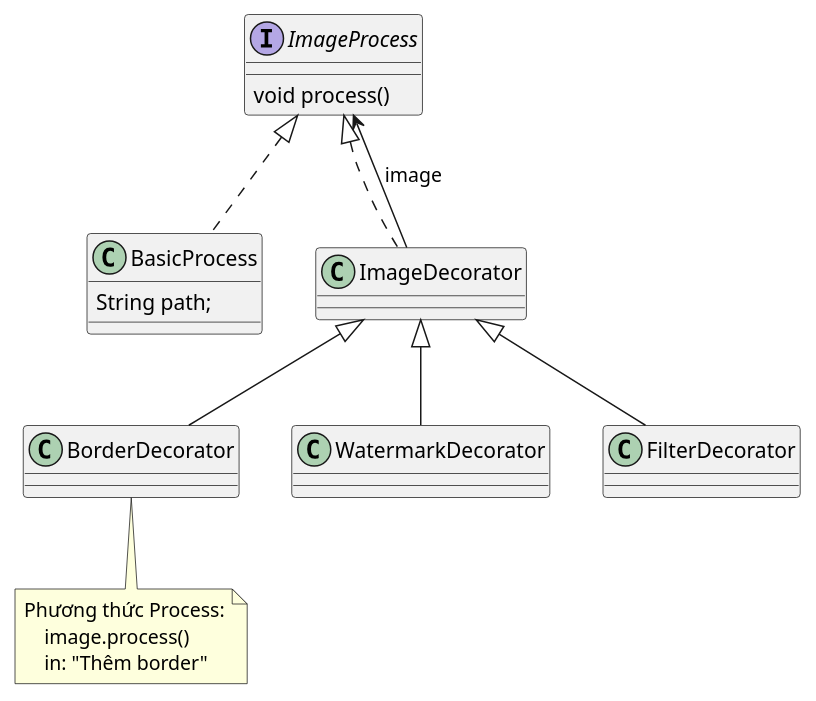
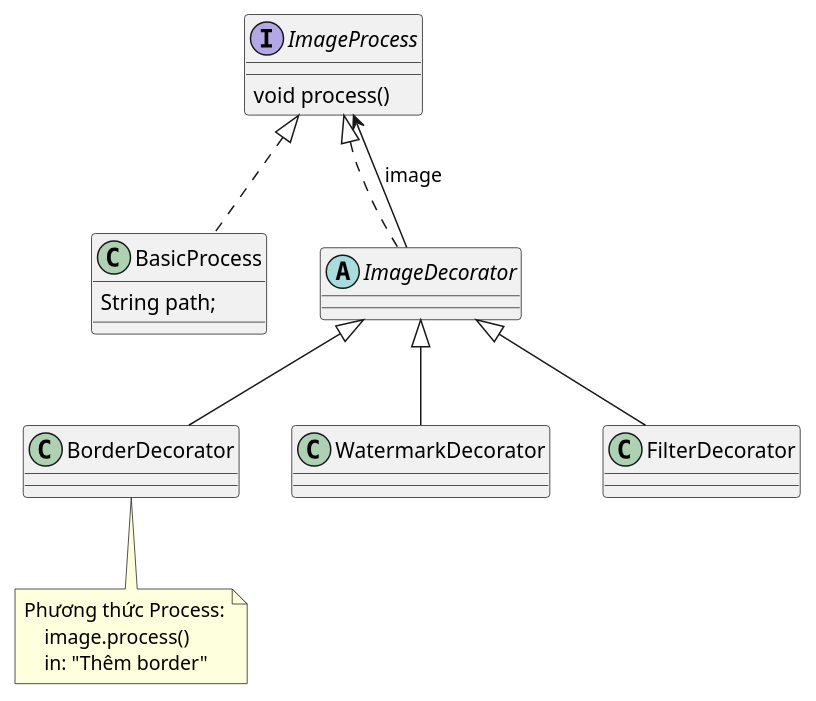
One commit to vinhveer/Study_Semester6_2024_2025 changed the diagram in DesignPatterns/Lecture/src/practice/decorator/decorator_diagram.puml. Above: the diagram before and after it, drawn with PlantUML. The commit also changed 29 other files, not shown here.

```diff
--- a/DesignPatterns/Lecture/src/practice/decorator/decorator_diagram.puml
+++ b/DesignPatterns/Lecture/src/practice/decorator/decorator_diagram.puml
@@ -1,29 +1,29 @@
 @startuml
 'https://plantuml.com/class-diagram
 
 interface ImageProcess {
     void process()
 }
 
 class BasicProcess {
     String path;
 }
-class ImageDecorator
+abstract class ImageDecorator
 
 ImageProcess <|.. BasicProcess
 ImageProcess <|.. ImageDecorator
 ImageDecorator --> ImageProcess : image
 
 ImageDecorator <|-- BorderDecorator
 ImageDecorator <|-- WatermarkDecorator
 ImageDecorator <|-- FilterDecorator
 
 
 note bottom of BorderDecorator
     Phương thức Process:
         image.process()
         in: "Thêm border"
 end note
 
 ' Có 4 bài: Code Baverage, Biểu thức, Tokenreconize, ImageProcess
 @enduml
```
